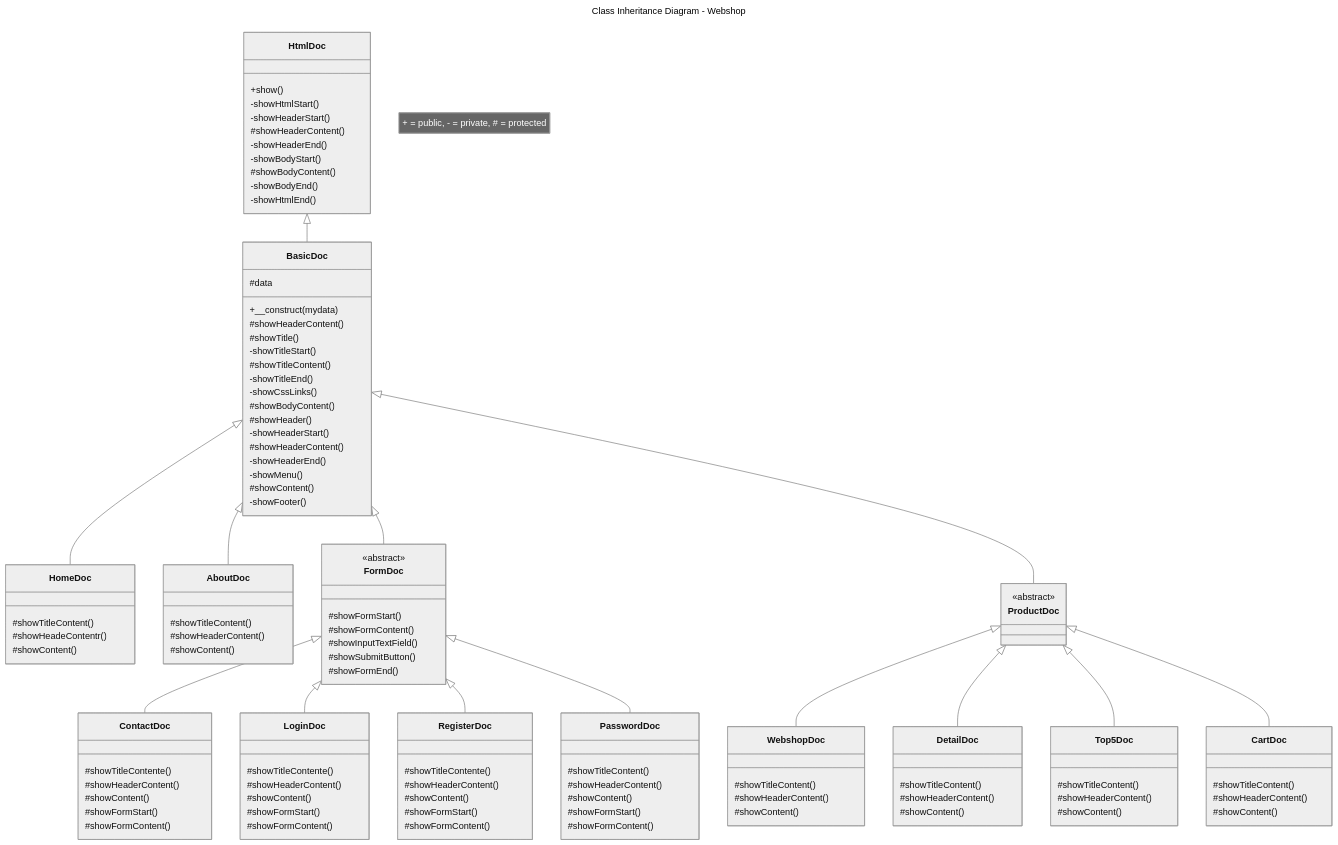
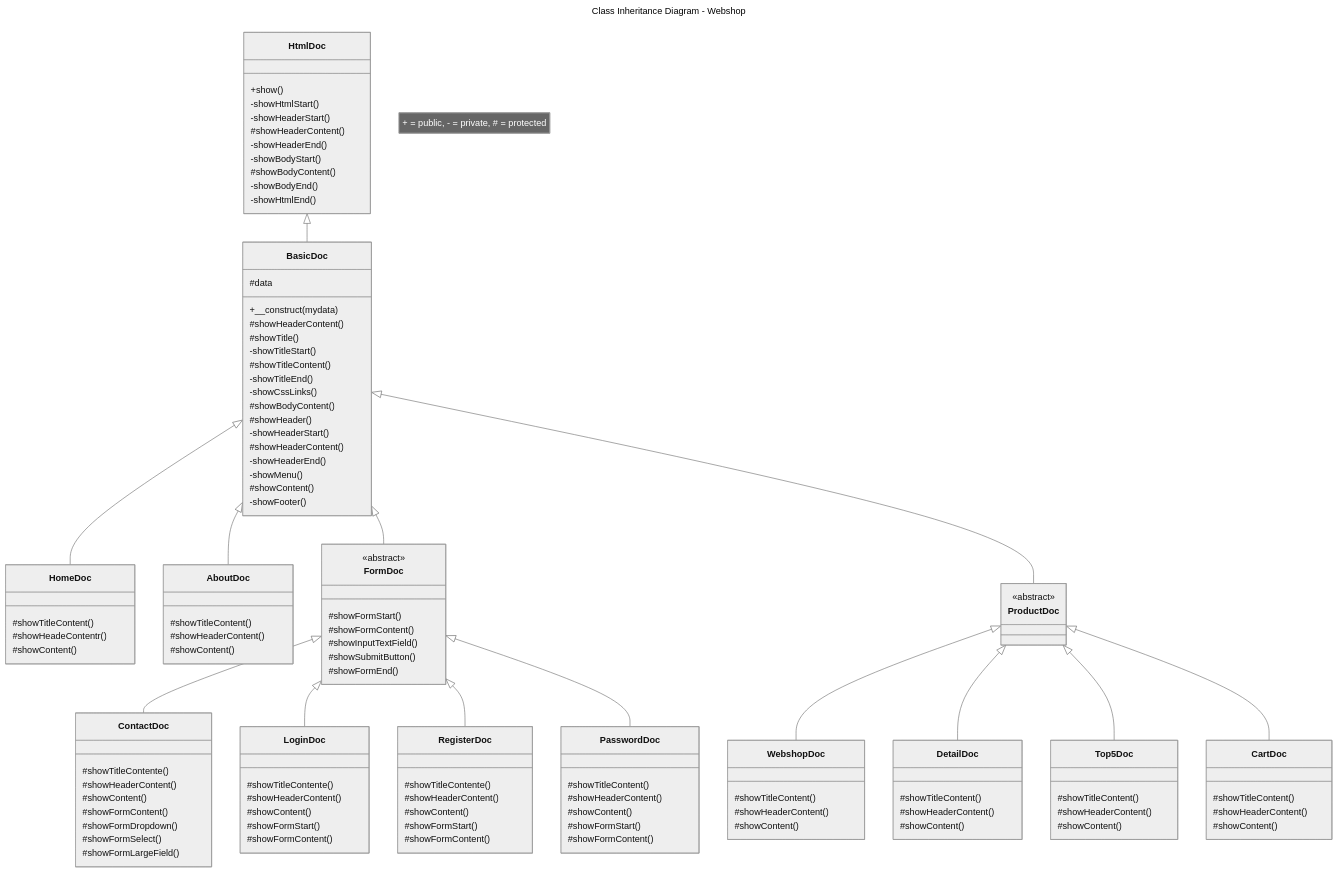
Before and after one commit to JeroenHeemskerk/educom-webshop-oop-1708595373: the diagram in Diagrams/class-inheritance-diagram-webshop.md, drawn with Mermaid (neutral theme).

```diff
--- a/Diagrams/class-inheritance-diagram-webshop.md
+++ b/Diagrams/class-inheritance-diagram-webshop.md
@@ -73,8 +73,10 @@
         #showTitleContente()
         #showHeaderContent()
         #showContent()
-        #showFormStart()
         #showFormContent()
+        #showFormDropdown()
+        #showFormSelect()
+        #showFormLargeField()
         
     }
     class LoginDoc{
```
